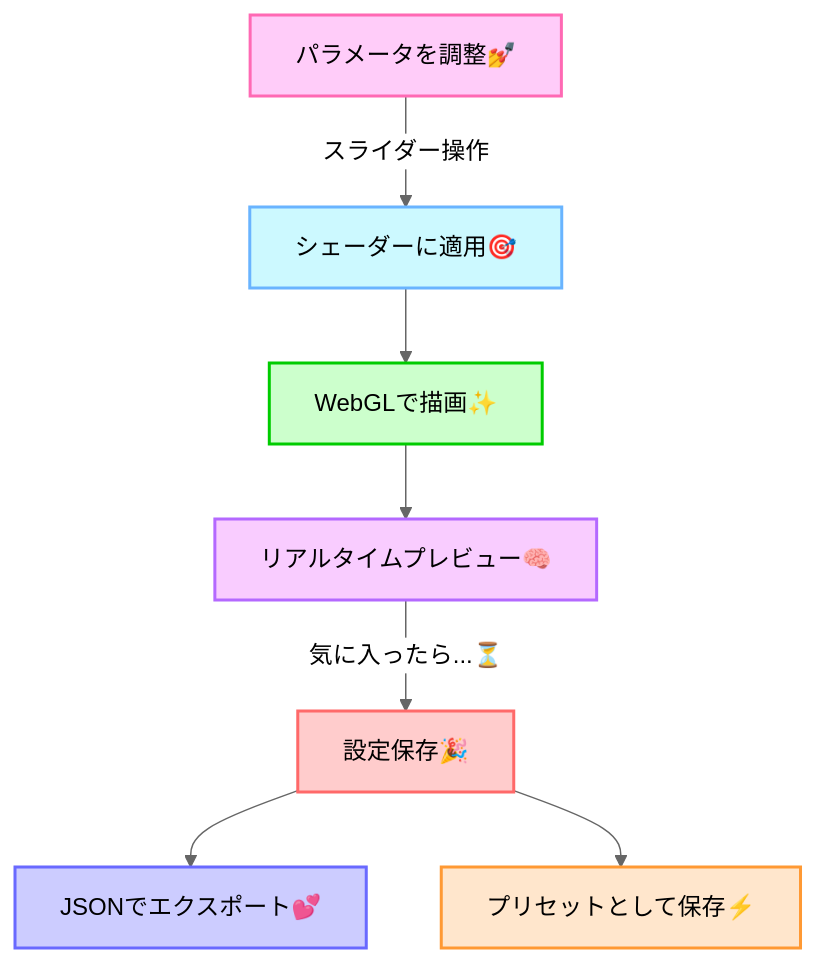
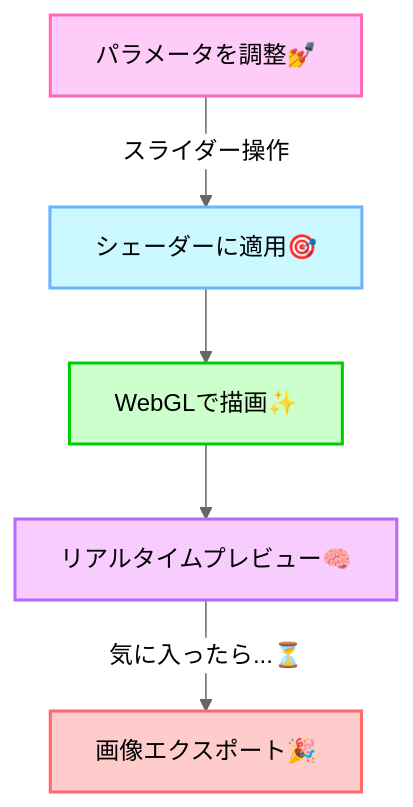
The first of 2 diagrams in README.md (smorce/CRT-Filter-Studio), drawn with Mermaid (neutral theme) before and after one commit. The commit also changed other lines of this file, not shown here.

Commit message:
README更新：未実装の機能説明を削除

````diff
--- a/README.md
+++ b/README.md
@@ -48,17 +47,13 @@
 ```mermaid
 flowchart TD
     A[パラメータを調整💅] -->|スライダー操作| B[シェーダーに適用🎯]
     B --> D[WebGLで描画✨]
     D --> E[リアルタイムプレビュー🧠]
-    E -->|気に入ったら...⏳| F[設定保存🎉]
-    F --> G[JSONでエクスポート💕]
-    F --> H[プリセットとして保存⚡]
+    E -->|気に入ったら...⏳| F[画像エクスポート🎉]
     
     style A fill:#ffccf9,stroke:#ff69b4,stroke-width:2px
     style B fill:#ccf9ff,stroke:#69b4ff,stroke-width:2px
     style D fill:#ccffcc,stroke:#00cc00,stroke-width:2px
     style E fill:#f9ccff,stroke:#b469ff,stroke-width:2px
     style F fill:#ffcccc,stroke:#ff6969,stroke-width:2px
-    style G fill:#ccccff,stroke:#6969ff,stroke-width:2px
-    style H fill:#ffe6cc,stroke:#ff9933,stroke-width:2px
 ```
````
